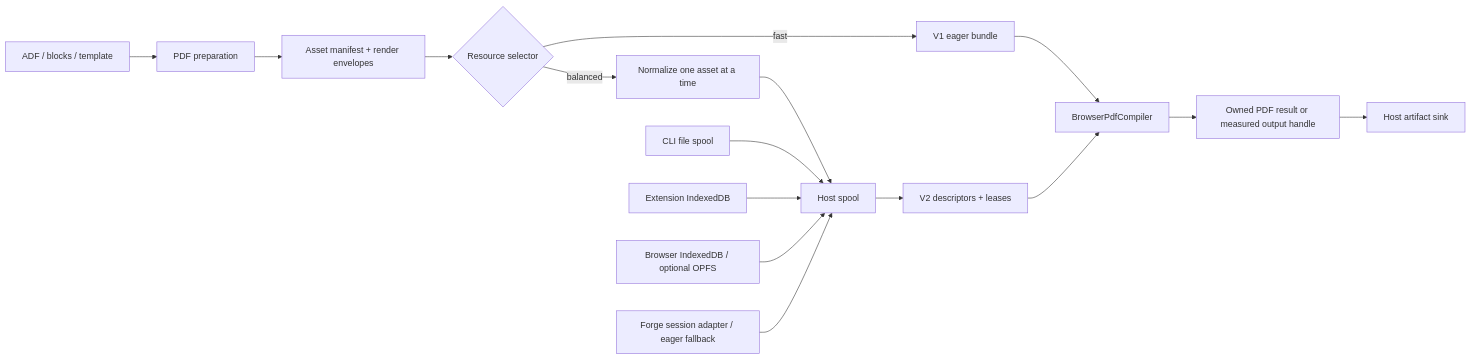
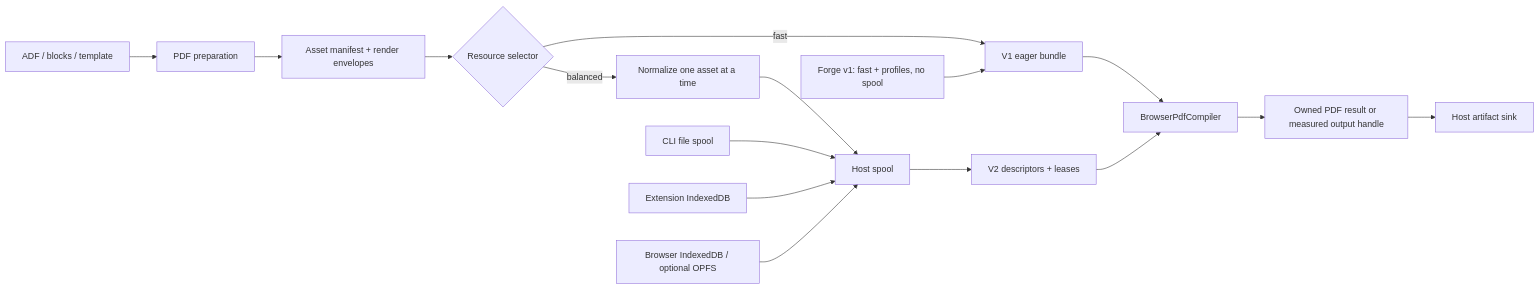
One commit to BjoernSchotte/atlcli changed the diagram in specs/issue-118-adaptive-browser-pdf-memory/PLAN.md. Above: the diagram before and after it, drawn with Mermaid. The commit also changed other lines of this file, not shown here.

````diff
--- a/specs/issue-118-adaptive-browser-pdf-memory/PLAN.md
+++ b/specs/issue-118-adaptive-browser-pdf-memory/PLAN.md
@@ -159,19 +215,19 @@
 ```mermaid
 flowchart LR
   A["ADF / blocks / template"] --> P["PDF preparation"]
   P --> M["Asset manifest + render envelopes"]
   M --> S{"Resource selector"}
   S -->|"fast"| E["V1 eager bundle"]
   S -->|"balanced"| N["Normalize one asset at a time"]
   N --> H["Host spool"]
   H --> L["V2 descriptors + leases"]
   E --> C["BrowserPdfCompiler"]
   L --> C
   C --> O["Owned PDF result or measured output handle"]
   O --> W["Host artifact sink"]
 
   X["CLI file spool"] --> H
   Y["Extension IndexedDB"] --> H
   Z["Browser IndexedDB / optional OPFS"] --> H
-  F["Forge session adapter / eager fallback"] --> H
+  F["Forge v1: fast + profiles, no spool"] --> E
 ```
````
